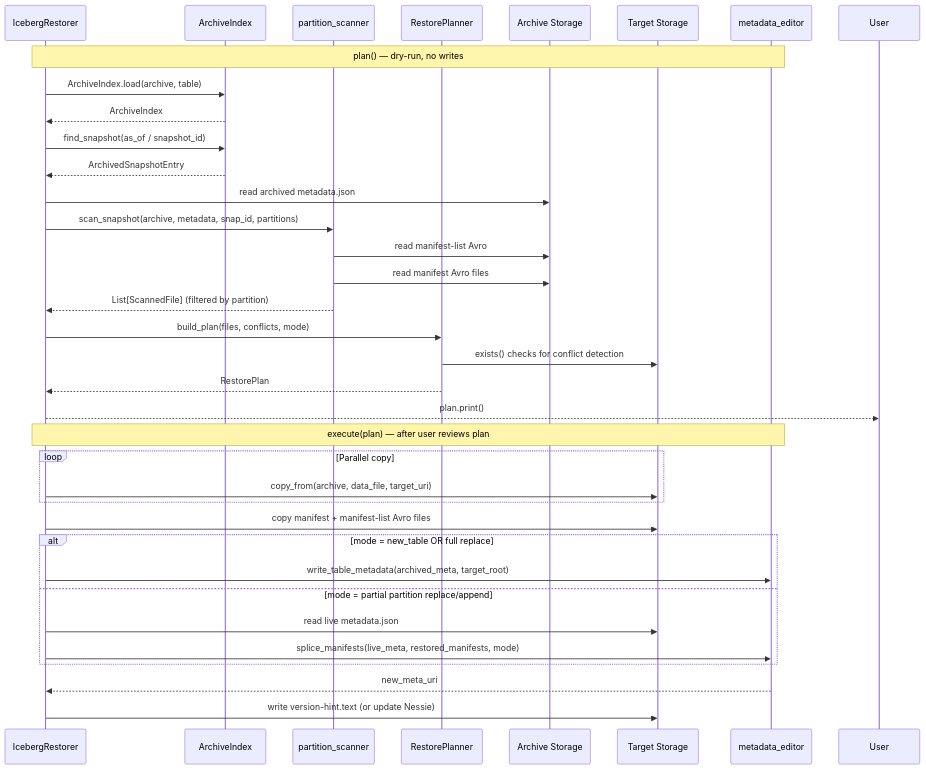
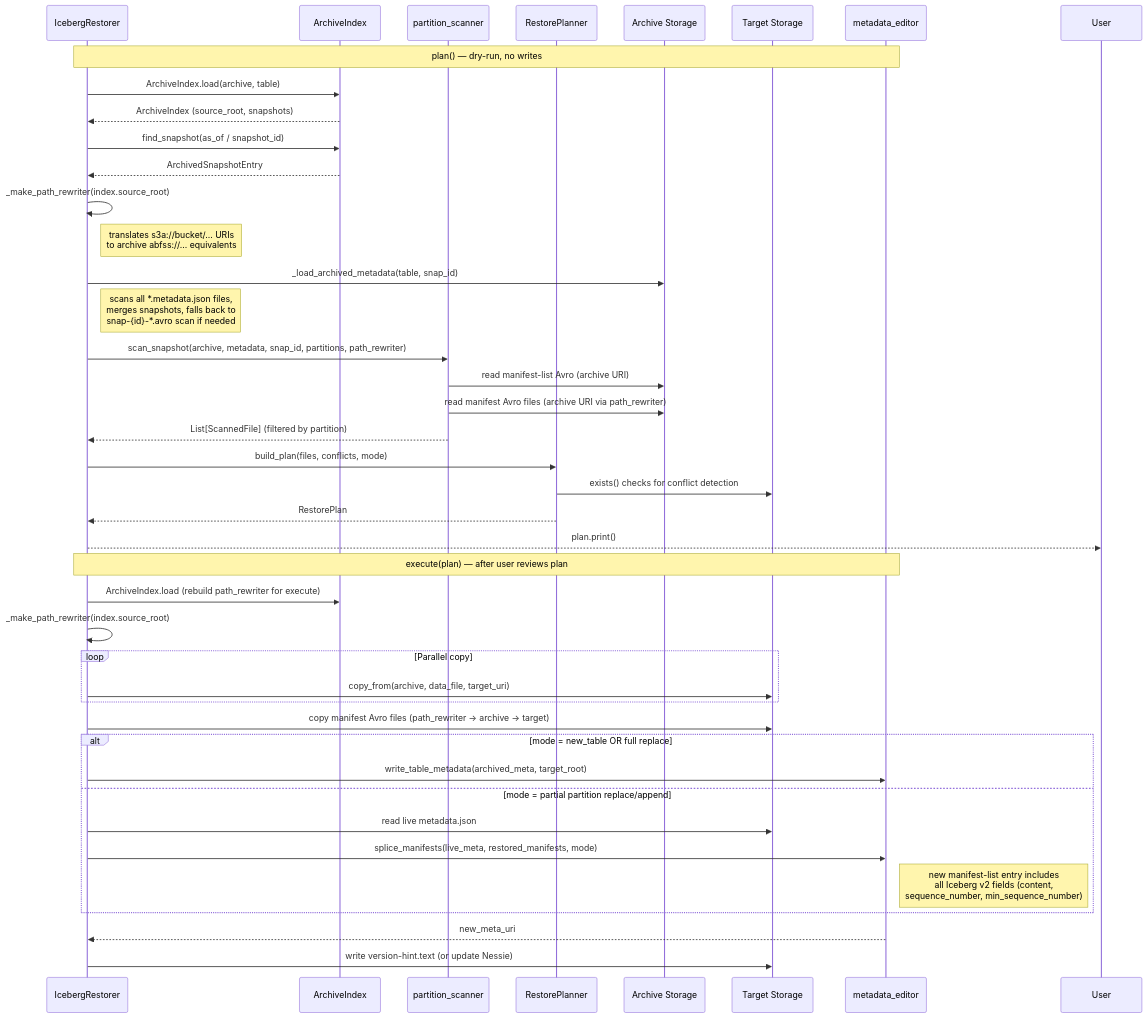
One commit to techbitsvsk/catalog_sync changed the third of 8 diagrams in docs/archive-dev.md. Above: the diagram before and after it, drawn with Mermaid. The commit also changed other lines of this file and 12 other files, not shown here.

````diff
--- a/docs/archive-dev.md
+++ b/docs/archive-dev.md
@@ -179,44 +180,51 @@
 ```mermaid
 sequenceDiagram
     participant R  as IcebergRestorer
     participant AI as ArchiveIndex
     participant PS as partition_scanner
     participant RP as RestorePlanner
     participant CS as Archive Storage
     participant TS as Target Storage
     participant ME as metadata_editor
 
     Note over R,ME: plan() — dry-run, no writes
 
     R->>AI: ArchiveIndex.load(archive, table)
-    AI-->>R: ArchiveIndex
+    AI-->>R: ArchiveIndex (source_root, snapshots)
     R->>AI: find_snapshot(as_of / snapshot_id)
     AI-->>R: ArchivedSnapshotEntry
-    R->>CS: read archived metadata.json
-    R->>PS: scan_snapshot(archive, metadata, snap_id, partitions)
-    PS->>CS: read manifest-list Avro
-    PS->>CS: read manifest Avro files
+    R->>R: _make_path_rewriter(index.source_root)
+    Note right of R: translates s3a://bucket/... URIs<br/>to archive abfss://... equivalents
+    R->>CS: _load_archived_metadata(table, snap_id)
+    Note right of R: scans all *.metadata.json files,<br/>merges snapshots, falls back to<br/>snap-{id}-*.avro scan if needed
+    R->>PS: scan_snapshot(archive, metadata, snap_id, partitions, path_rewriter)
+    PS->>CS: read manifest-list Avro (archive URI)
+    PS->>CS: read manifest Avro files (archive URI via path_rewriter)
     PS-->>R: List[ScannedFile] (filtered by partition)
     R->>RP: build_plan(files, conflicts, mode)
     RP->>TS: exists() checks for conflict detection
     RP-->>R: RestorePlan
     R-->>User: plan.print()
 
     Note over R,ME: execute(plan) — after user reviews plan
 
+    R->>AI: ArchiveIndex.load (rebuild path_rewriter for execute)
+    R->>R: _make_path_rewriter(index.source_root)
+
     loop Parallel copy
         R->>TS: copy_from(archive, data_file, target_uri)
     end
 
-    R->>TS: copy manifest + manifest-list Avro files
+    R->>TS: copy manifest Avro files (path_rewriter → archive → target)
 
     alt mode = new_table OR full replace
         R->>ME: write_table_metadata(archived_meta, target_root)
     else mode = partial partition replace/append
         R->>TS: read live metadata.json
         R->>ME: splice_manifests(live_meta, restored_manifests, mode)
+        Note right of ME: new manifest-list entry includes<br/>all Iceberg v2 fields (content,<br/>sequence_number, min_sequence_number)
     end
 
     ME-->>R: new_meta_uri
     R->>TS: write version-hint.text (or update Nessie)
 ```
````
